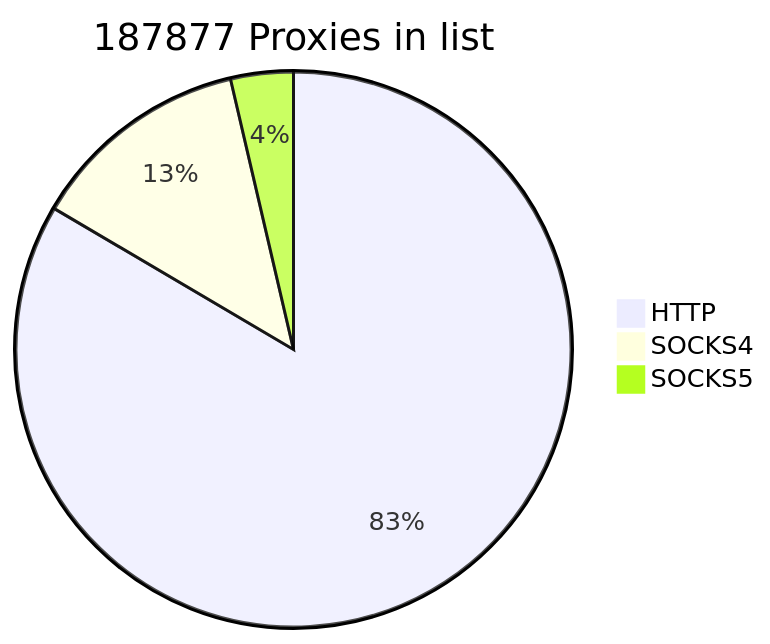
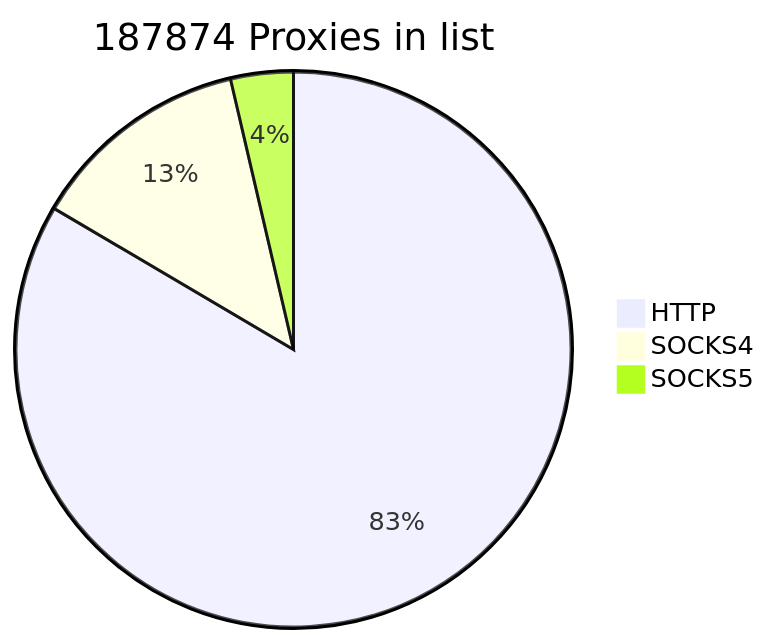
One commit to cutipu/proxylist changed the first of 2 diagrams in README.md. Above: the diagram before and after it, drawn with Mermaid. The commit also changed other lines of this file, not shown here.

````diff
--- a/README.md
+++ b/README.md
@@ -2,7 +2,7 @@
 ```mermaid
-pie title 187877 Proxies in list
-    "HTTP" : 156830
-    "SOCKS4" : 24205
+pie title 187874 Proxies in list
+    "HTTP" : 156829
+    "SOCKS4" : 24203
     "SOCKS5" : 6842
             
 ```
````
